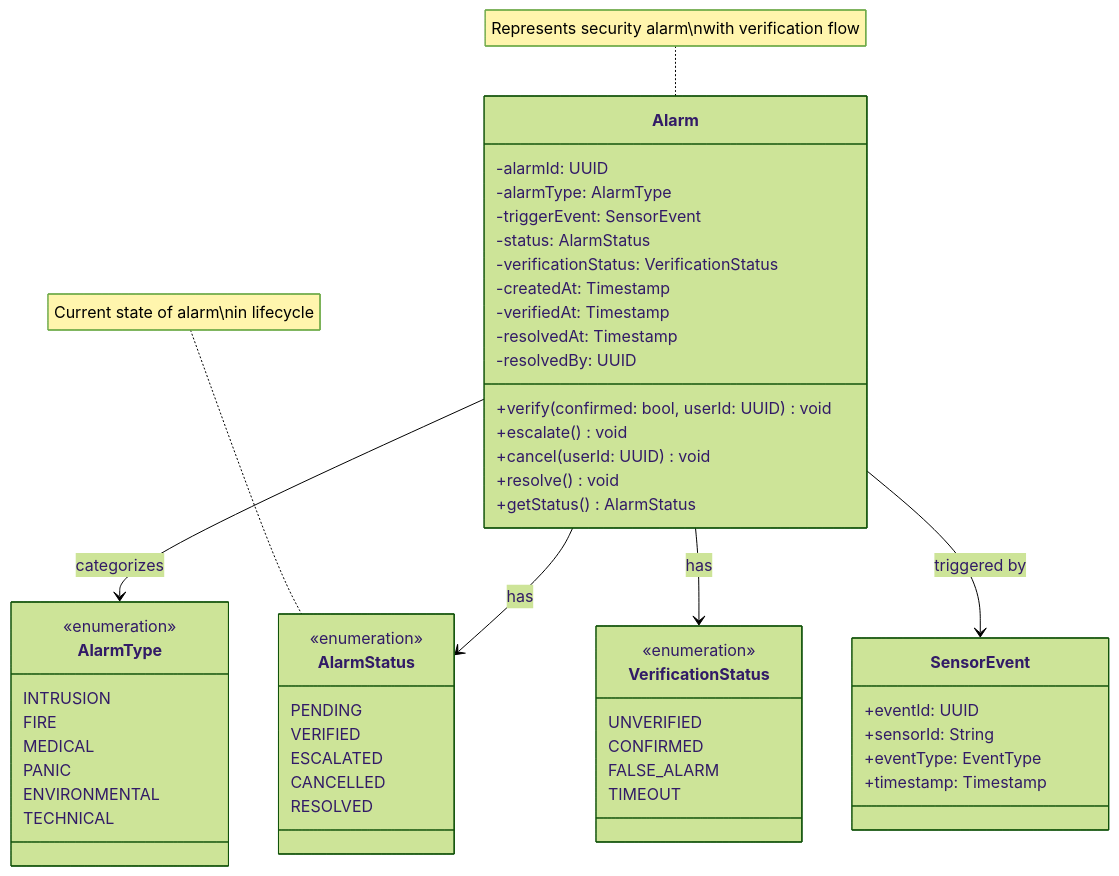
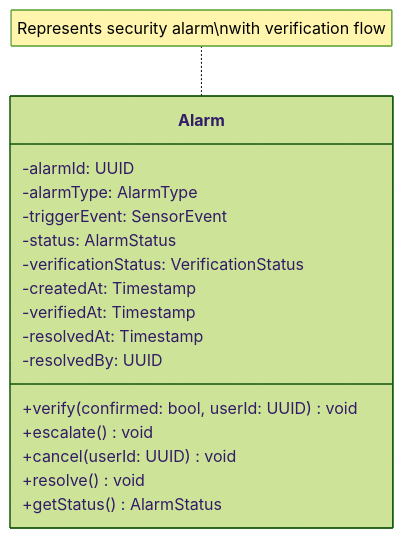
One commit to mj010101/swe_25f changed the eighth of 14 diagrams in diagrams/data_layer_class_diagram.md. Above: the diagram before and after it, drawn with Mermaid (forest theme). The commit also changed other lines of this file and 4 other files, not shown here.

````diff
--- a/diagrams/data_layer_class_diagram.md
+++ b/diagrams/data_layer_class_diagram.md
@@ -504,63 +297,23 @@
 ```mermaid
 classDiagram
     direction TB
 
     class Alarm {
         -alarmId: UUID
         -alarmType: AlarmType
         -triggerEvent: SensorEvent
         -status: AlarmStatus
         -verificationStatus: VerificationStatus
         -createdAt: Timestamp
         -verifiedAt: Timestamp
         -resolvedAt: Timestamp
         -resolvedBy: UUID
         +verify(confirmed: bool, userId: UUID) void
         +escalate() void
         +cancel(userId: UUID) void
         +resolve() void
         +getStatus() AlarmStatus
     }
 
-    class AlarmType {
-        <<enumeration>>
-        INTRUSION
-        FIRE
-        MEDICAL
-        PANIC
-        ENVIRONMENTAL
-        TECHNICAL
-    }
-
-    class AlarmStatus {
-        <<enumeration>>
-        PENDING
-        VERIFIED
-        ESCALATED
-        CANCELLED
-        RESOLVED
-    }
-
-    class VerificationStatus {
-        <<enumeration>>
-        UNVERIFIED
-        CONFIRMED
-        FALSE_ALARM
-        TIMEOUT
-    }
-
-    class SensorEvent {
-        +eventId: UUID
-        +sensorId: String
-        +eventType: EventType
-        +timestamp: Timestamp
-    }
-
-    Alarm --> AlarmType : categorizes
-    Alarm --> AlarmStatus : has
-    Alarm --> VerificationStatus : has
-    Alarm --> SensorEvent : triggered by
-
     note for Alarm "Represents security alarm\nwith verification flow"
-    note for AlarmStatus "Current state of alarm\nin lifecycle"
 ```
````
